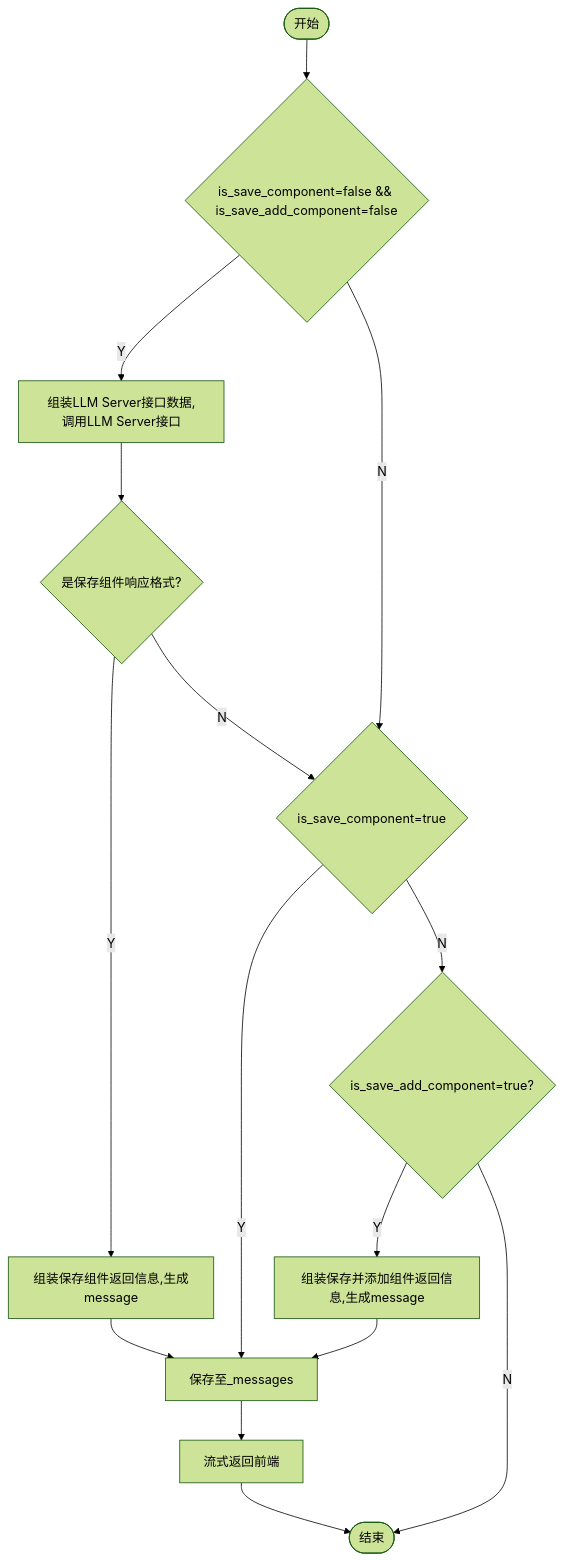
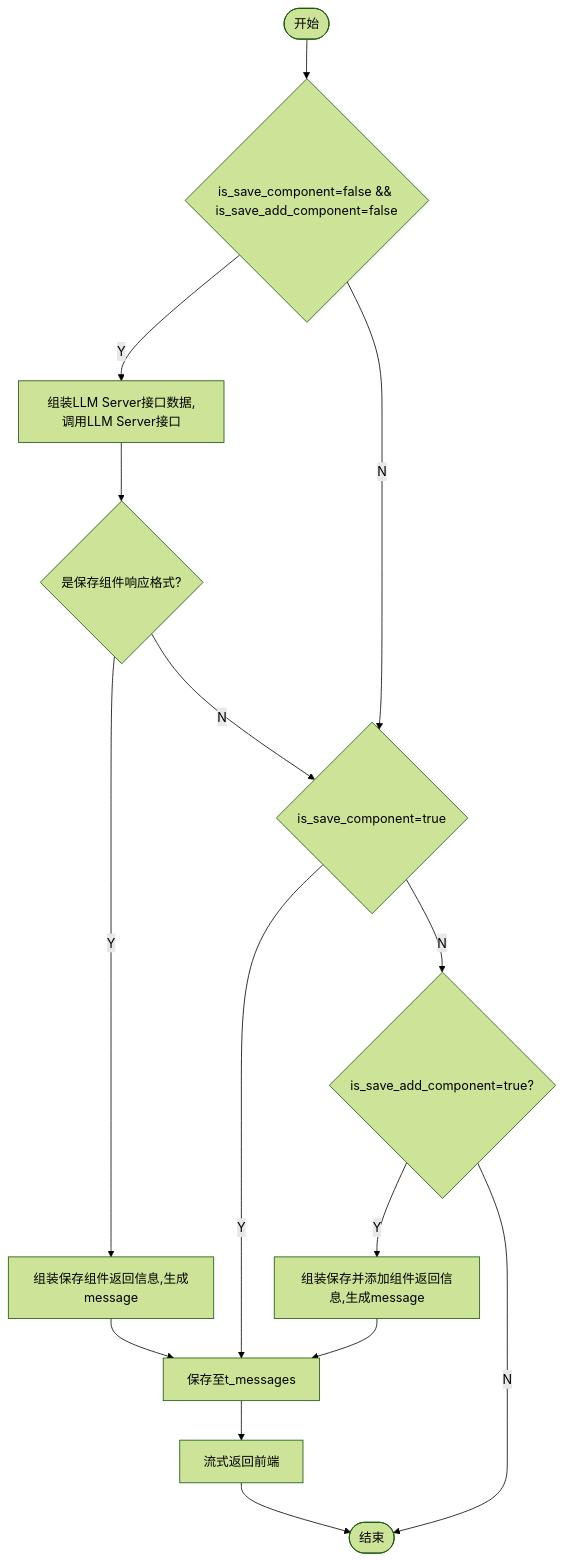
One commit to yingjianzh/iodraw-files changed the diagram in all/未命名-7.md. Above: the diagram before and after it, drawn with Mermaid (forest theme).

Commit message:
2024-10-12 14:05:51 update

````diff
--- a/all/未命名-7.md
+++ b/all/未命名-7.md
@@ -1,18 +1,18 @@
 ```mermaid
 flowchart TD
     A([开始]) --> B{is_save_component=false && is_save_add_component=false}
     B -- Y --> C[组装LLM Server接口数据,调用LLM Server接口]
     B -- N --> D{is_save_component=true}
     C --> E{是保存组件响应格式?}
     E -- Y --> F[组装保存组件返回信息,生成message]
     E -- N --> D
-    F --> G[保存至_messages]
+    F --> G[保存至t_messages]
     G --> H[流式返回前端]
     H --> I([结束])
     D -- Y --> G
     D -- N --> J{is_save_add_component=true?}
     J -- Y --> K[组装保存并添加组件返回信息,生成message]
     K --> G
     J -- N --> I
 
 ```
````
